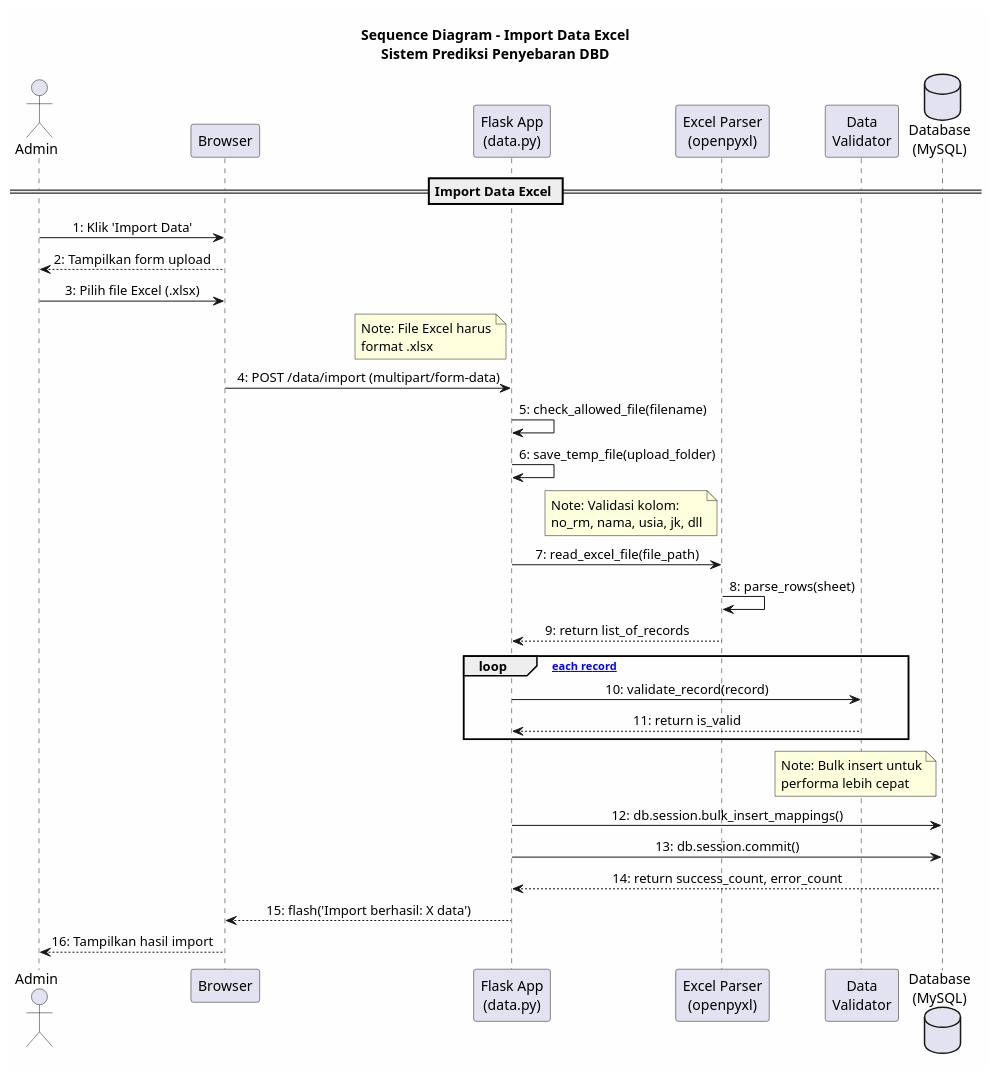
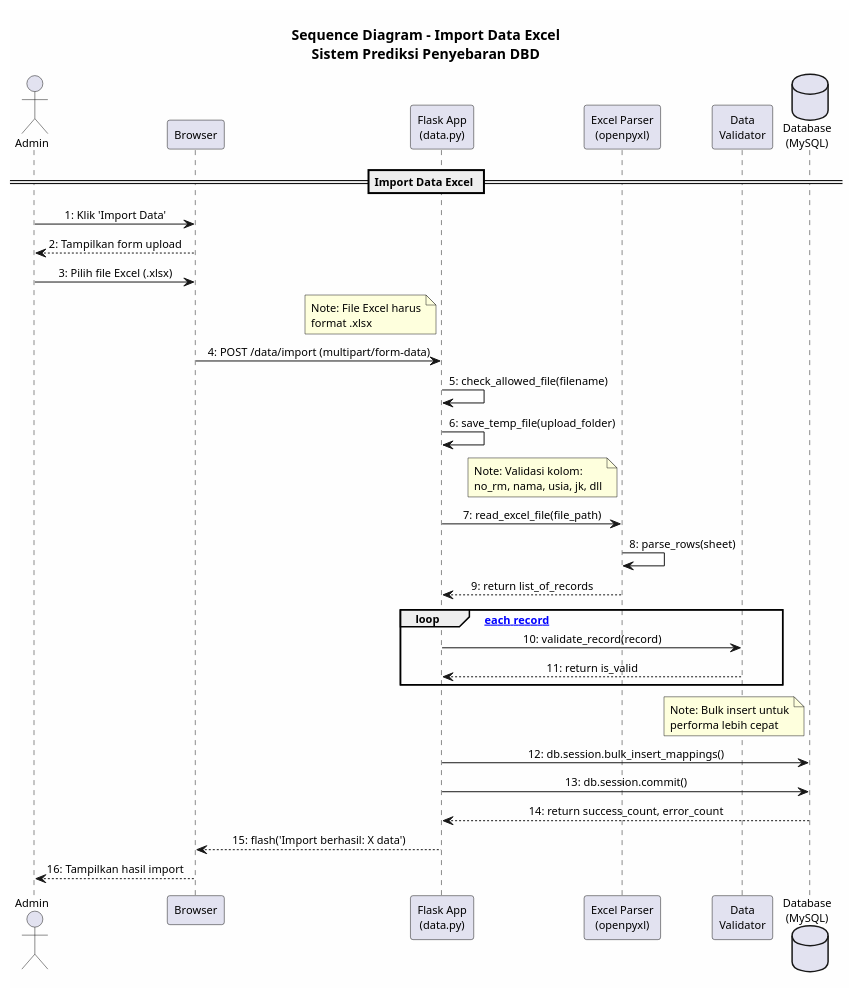
Before and after one commit to Suwardi87/prediksi-DBD: the diagram in Dokumen/UML/sequence_diagram_import.puml, drawn with PlantUML. The commit also changed 20 other files, not shown here.

```diff
--- a/Dokumen/UML/sequence_diagram_import.puml
+++ b/Dokumen/UML/sequence_diagram_import.puml
@@ -1,41 +1,44 @@
 @startuml Sequence Diagram - Import Data
 skinparam backgroundColor #FEFEFE
+skinparam defaultFontName Arial
+skinparam defaultFontSize 11
+skinparam shadowing false
 skinparam sequenceMessageAlign center
 
 title Sequence Diagram - Import Data Excel\nSistem Prediksi Penyebaran DBD
 
 actor Admin
 participant Browser
 participant "Flask App\n(data.py)" as flask
 participant "Excel Parser\n(openpyxl)" as excel
 participant "Data\nValidator" as validator
 database "Database\n(MySQL)" as db
 
 == Import Data Excel ==
 
 Admin -> Browser : 1: Klik 'Import Data'
 Browser --> Admin : 2: Tampilkan form upload
 
 Admin -> Browser : 3: Pilih file Excel (.xlsx)
 note left of flask : Note: File Excel harus\nformat .xlsx
 Browser -> flask : 4: POST /data/import (multipart/form-data)
 flask -> flask : 5: check_allowed_file(filename)
 flask -> flask : 6: save_temp_file(upload_folder)
 note left of excel : Note: Validasi kolom:\nno_rm, nama, usia, jk, dll
 flask -> excel : 7: read_excel_file(file_path)
 excel -> excel : 8: parse_rows(sheet)
 excel --> flask : 9: return list_of_records
 
 loop [for each record]
     flask -> validator : 10: validate_record(record)
     validator --> flask : 11: return is_valid
 end
 
 note left of db : Note: Bulk insert untuk\nperforma lebih cepat
 flask -> db : 12: db.session.bulk_insert_mappings()
 flask -> db : 13: db.session.commit()
 db --> flask : 14: return success_count, error_count
 flask --> Browser : 15: flash('Import berhasil: X data')
 Browser --> Admin : 16: Tampilkan hasil import
 
 @enduml
```
